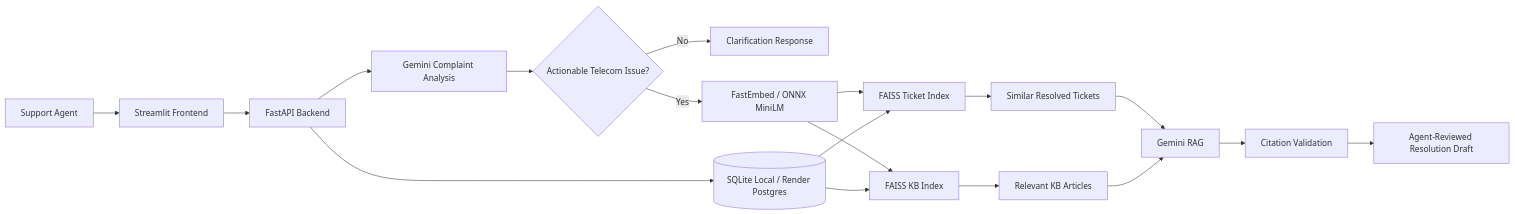
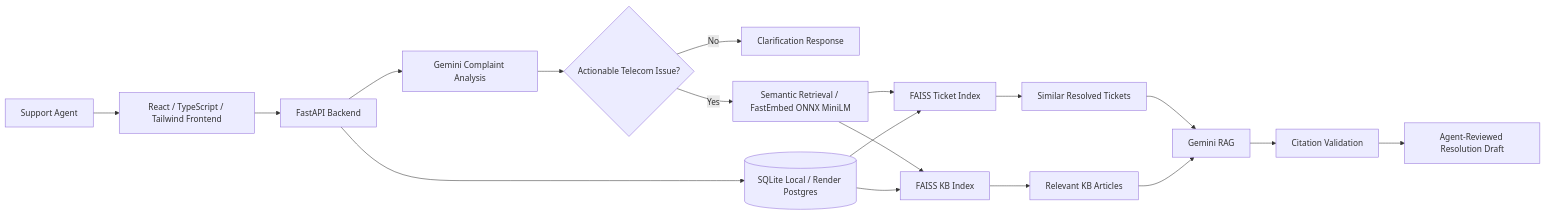
One commit to ShreyasKowshal/Intelligent-Support-Ticket-Resolution-Assistant changed the first of 2 diagrams in README.md. Above: the diagram before and after it, drawn with Mermaid. The commit also changed other lines of this file and 16 other files, not shown here.

Commit message:
Finalize React frontend migration

````diff
--- a/README.md
+++ b/README.md
@@ -11,20 +11,20 @@
 ```mermaid
 flowchart LR
-    A[Support Agent] --> B[Streamlit Frontend]
+    A[Support Agent] --> B[React / TypeScript / Tailwind Frontend]
     B --> C[FastAPI Backend]
     C --> D[Gemini Complaint Analysis]
     D --> E{Actionable Telecom Issue?}
     E -- No --> F[Clarification Response]
-    E -- Yes --> G[FastEmbed / ONNX MiniLM]
+    E -- Yes --> G[Semantic Retrieval / FastEmbed ONNX MiniLM]
     G --> H1[FAISS Ticket Index]
     G --> H2[FAISS KB Index]
     H1 --> I[Similar Resolved Tickets]
     H2 --> J[Relevant KB Articles]
     I --> K[Gemini RAG]
     J --> K
     K --> L[Citation Validation]
     L --> M[Agent-Reviewed Resolution Draft]
     C --> N[(SQLite Local / Render Postgres)]
     N --> H1
     N --> H2
 ```
````
